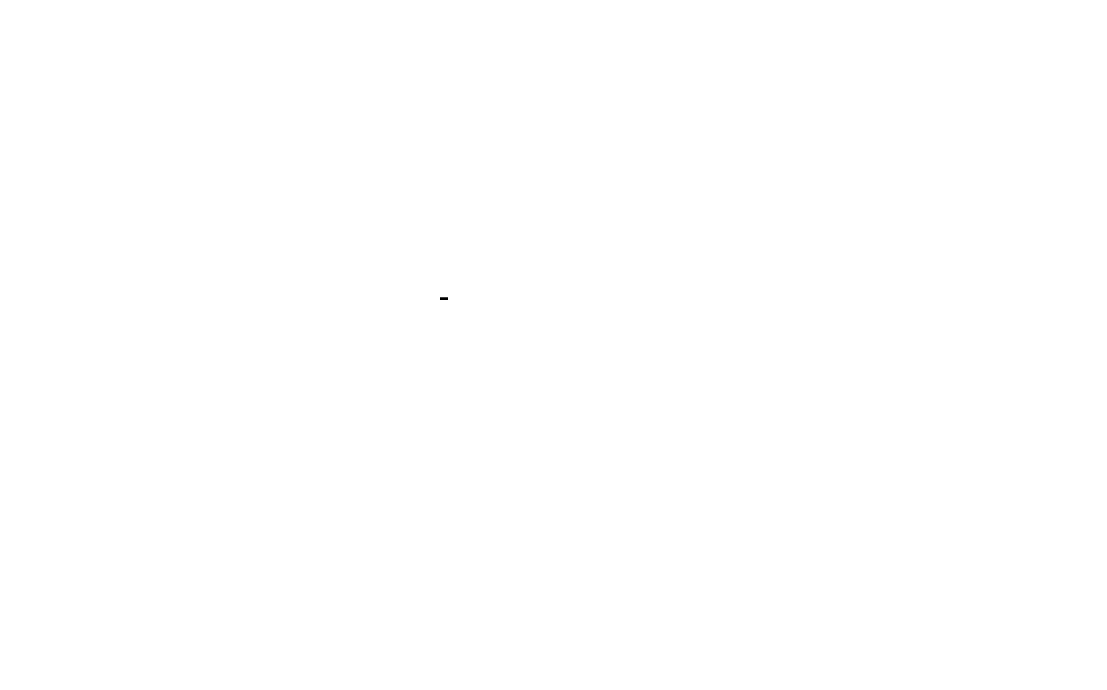
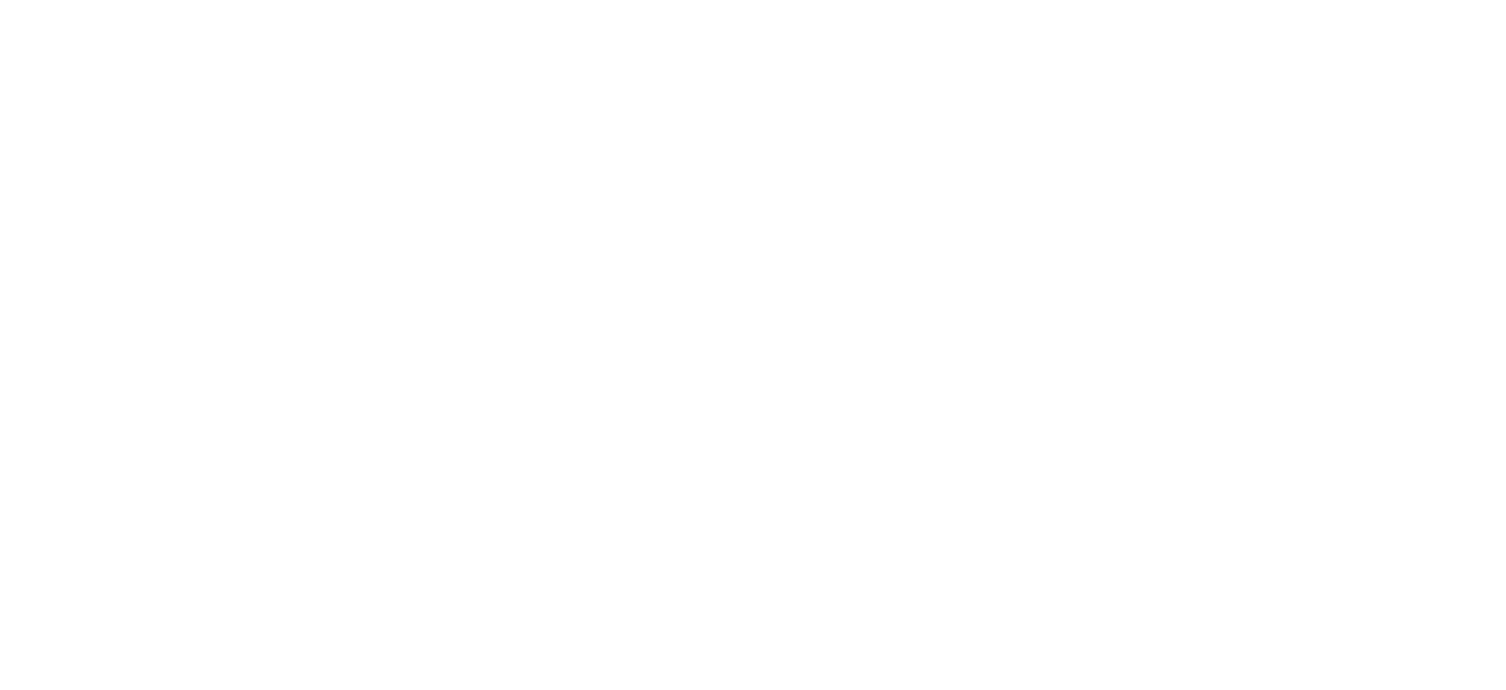
Before and after one commit to toane/Congruence: the diagram in class_diagram.dot, drawn with Graphviz. The commit also changed 10 other files, not shown here.

```diff
--- a/class_diagram.dot
+++ b/class_diagram.dot
@@ -1,36 +1,40 @@
 digraph G {
         fontsize = 8
         rankdir = "BT"
         dpi=200
 
         node [
                 fontsize = 8
                 shape = "record"
             ]
 
   edge [
                 arrowhead = "empty"
         ]
 
 "Thread" [
- label = "{Thread|run}"
+ label = "{Thread|+ run}"
 ]
 
-"StaticScrapper"[
-    label="{StaticScrapper| parse_search_result \l parse_page_content}"
+"DBFace" [
+    label = "{DBFace|+ find_with_content (str) \l+ find_with_search_term (str)}"
 ]
+
 
 "JSScrapper" -> "Thread"
 "StaticScrapper" -> "Thread"
 "CNNScrapper" -> "JSScrapper"
 "NouvelobsScrapper" -> "StaticScrapper"
 "LiberationScrapper" -> "StaticScrapper"
+"FigaroScrapper" -> "StaticScrapper"
 
   edge [
                 arrowhead = "normal"
         ]
-
-"StaticScrapper" -> "StorageModel"
-"JSScrapper" -> "StorageModel"
+"LiberationScrapper" -> "DBFace"
+"NouvelobsScrapper" -> "DBFace"
+"FigaroScrapper" -> "DBFace"
+"CNNScrapper" -> "DBFace"
+"DBFace" -> "Document"
 
 }
```
